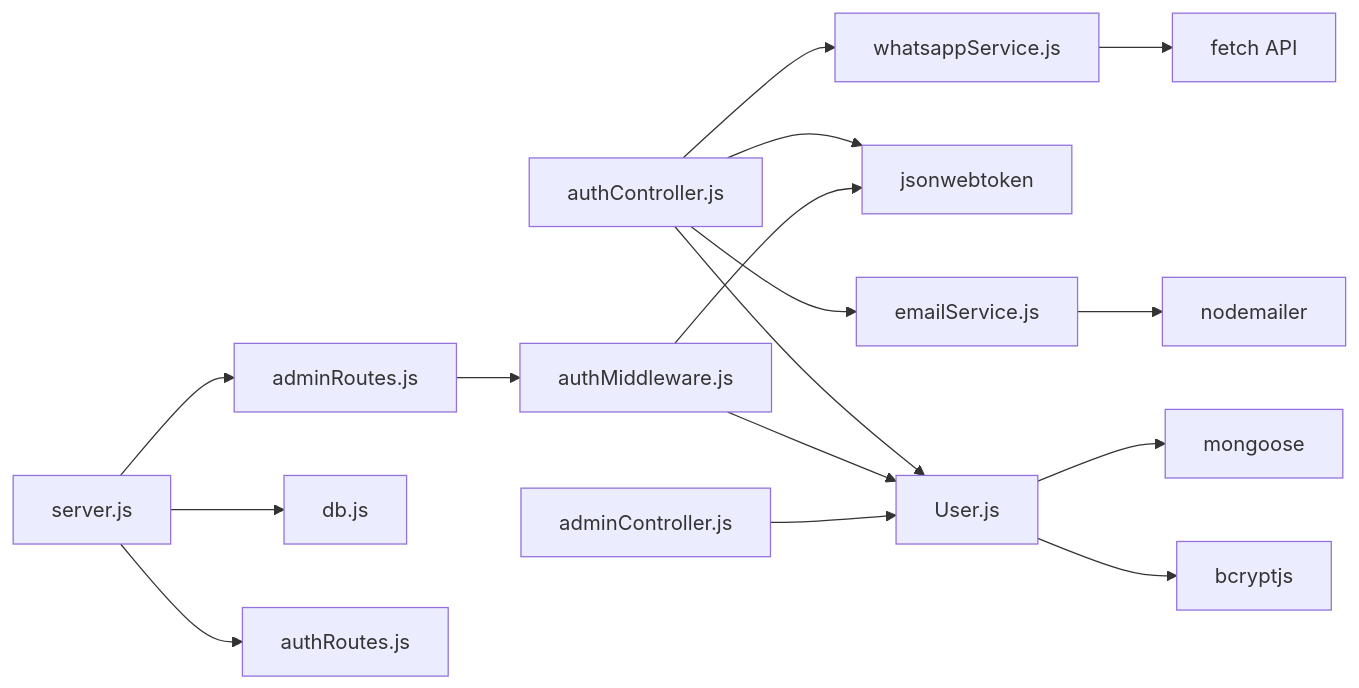
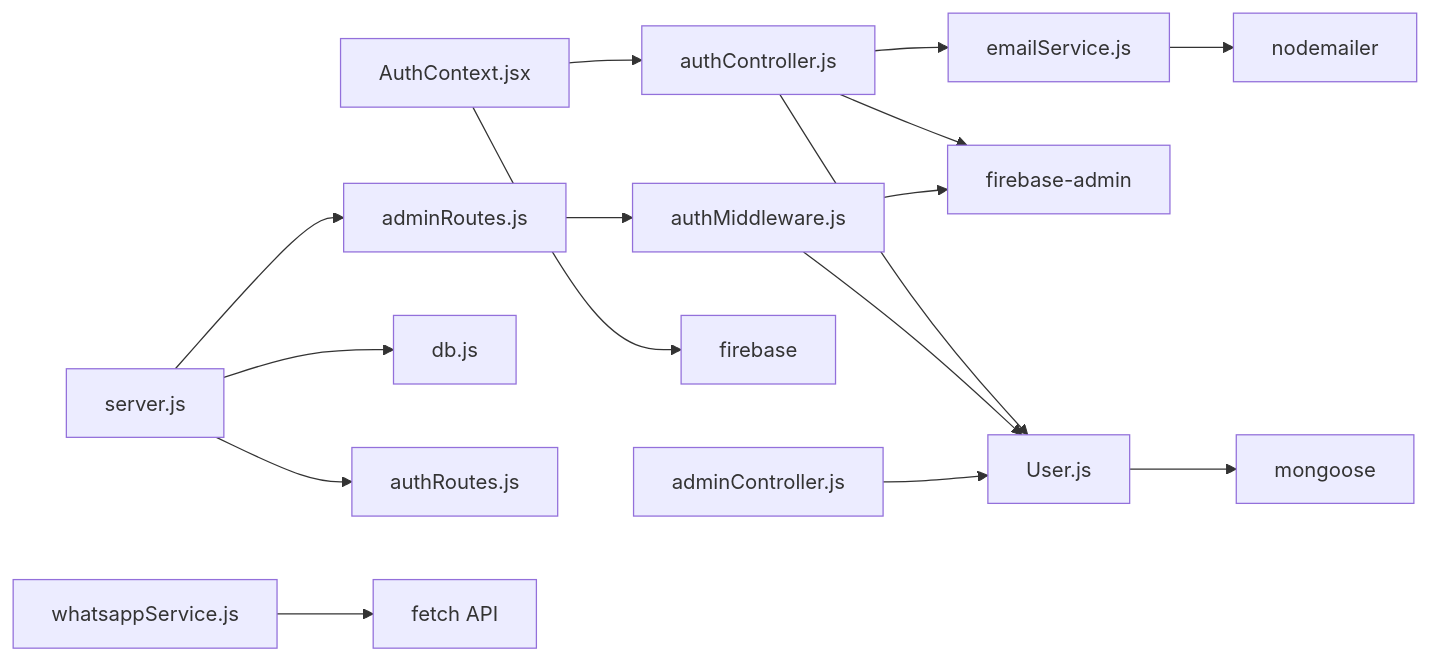
The fifth of 5 diagrams in .qoder/repowiki/en/content/Database Schemas & Models/User Model.md (Pavan-PSPK9032/TrendsandToss), drawn with Mermaid before and after one commit. The commit also changed other lines of this file and 9 other files, not shown here.

````diff
--- a/.qoder/repowiki/en/content/Database Schemas & Models/User Model.md
+++ b/.qoder/repowiki/en/content/Database Schemas & Models/User Model.md
@@ -376,18 +420,18 @@
 ```mermaid
 graph LR
-UserJS["User.js"] --> Bcrypt["bcryptjs"]
-UserJS --> Mongoose["mongoose"]
-AuthCtrl["authController.js"] --> JWT["jsonwebtoken"]
+UserJS["User.js"] --> Mongoose["mongoose"]
+AuthCtrl["authController.js"] --> FirebaseAdmin["firebase-admin"]
 AuthCtrl --> UserJS
 AuthCtrl --> EmailSvc["emailService.js"]
-AuthCtrl --> WhatsAppSvc["whatsappService.js"]
-AuthMW["authMiddleware.js"] --> JWT
+AuthMW["authMiddleware.js"] --> FirebaseAdmin
 AuthMW --> UserJS
+AuthContext["AuthContext.jsx"] --> FirebaseSDK["firebase"]
+AuthContext --> AuthCtrl
 AdminRoutes["adminRoutes.js"] --> AuthMW
 AdminCtrl["adminController.js"] --> UserJS
 Server["server.js"] --> DB["db.js"]
 Server --> AuthRoutes["authRoutes.js"]
 Server --> AdminRoutes
 EmailSvc --> Nodemailer["nodemailer"]
-WhatsAppSvc --> Fetch["fetch API"]
+WhatsAppSvc["whatsappService.js"] --> Fetch["fetch API"]
 ```
````
